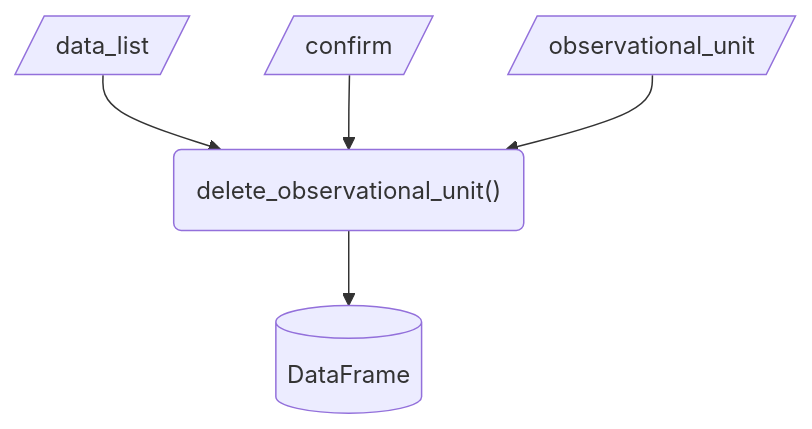
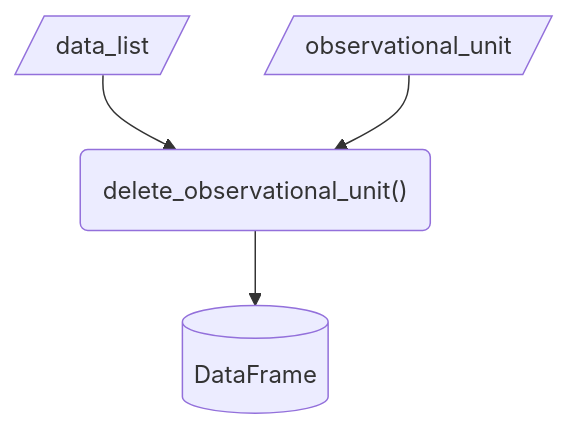
One commit to seedcase-project/seedcase-sprout changed diagram 12 of 12 in docs/design/interface/functions.qmd. Above: the diagram before and after it, drawn with Mermaid. The commit also changed other lines of this file and 1 other file, not shown here.

````diff
--- a/docs/design/interface/functions.qmd
+++ b/docs/design/interface/functions.qmd
@@ -386,12 +390,10 @@
 ```{mermaid}
 flowchart
     in_data[/data_list/]
     in_observational_unit[/observational_unit/]
-    in_confirm[/confirm/]
     function("delete_observational_unit()")
     out[("DataFrame")]
     in_data --> function
-    in_confirm --> function
     in_observational_unit --> function
     function --> out
 ```
````
